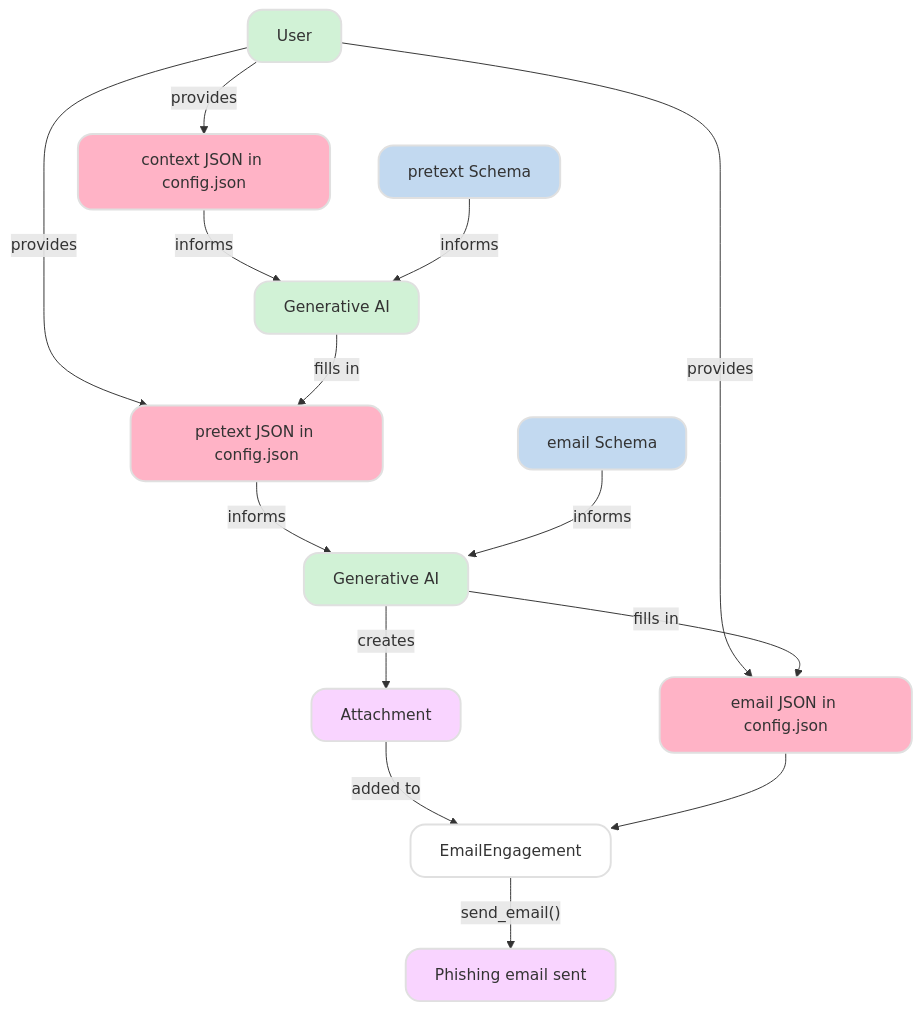
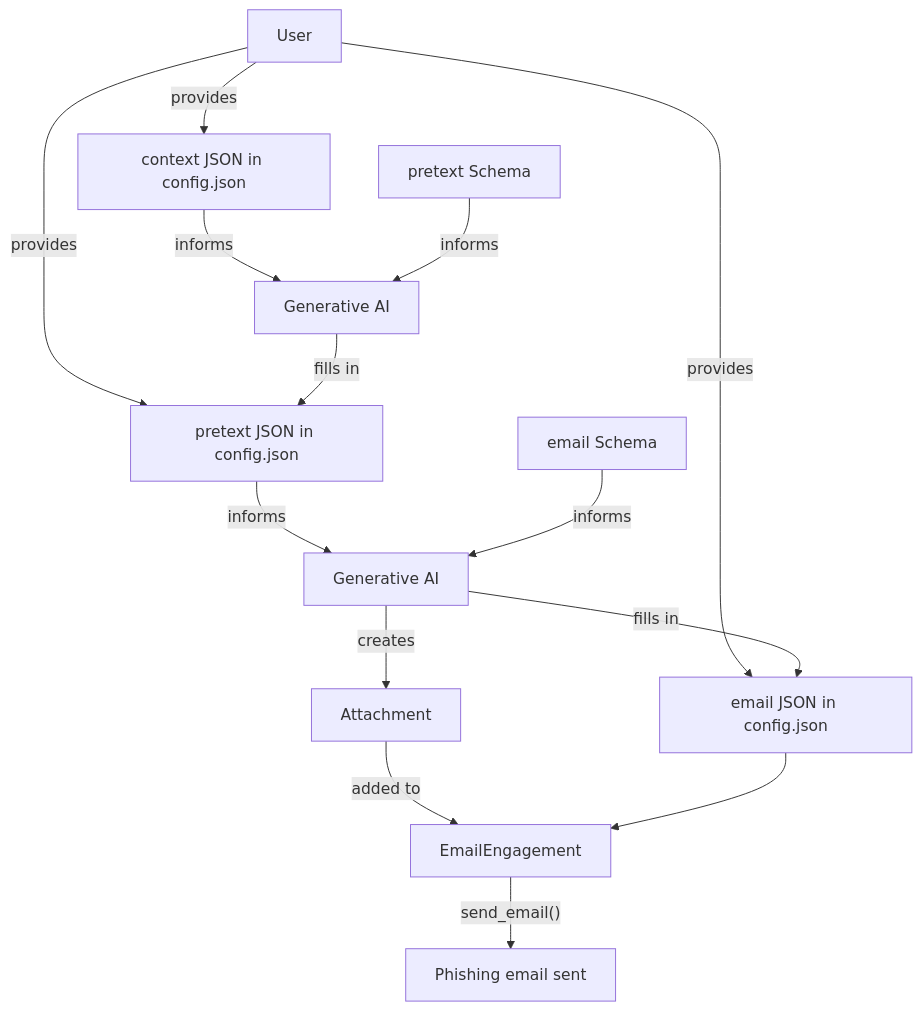
Before and after one commit to ropbear/ophishal: the diagram in README.md, drawn with Mermaid. The commit also changed other lines of this file, not shown here.

Commit message:
removing mermaid css

````diff
--- a/README.md
+++ b/README.md
@@ -38,75 +38,37 @@
 ```mermaid
-%%{init: {'theme': 'base', 'themeVariables': {
-    'primaryColor': '#ffb3c6',   /* Soft pastel pink */
-    'secondaryColor': '#c2d9f0', /* Soft pastel blue */
-    'tertiaryColor': '#d1f2d6',  /* Soft pastel green */
-    'edgeLabelBackground': '#ffffff', /* White background for edge labels */
-    'nodeBorder': '2px solid #e0e0e0', /* Light gray border for nodes */
-    'nodeBorderRadius': '15px', /* Rounded edges */
-    'fontSize': '16px', /* Larger font size for readability */
-    'primaryTextColor': '#333', /* Dark text for contrast */
-    'secondaryTextColor': '#666', /* Lighter text for secondary elements */
-    'linkStyle': 'stroke-width:2px; stroke: #777; fill: transparent;'  /* Smooth edges */
-}}}%%
 flowchart TD
     ContextConfig["context JSON in config.json"]
     PretextConfig["pretext JSON in config.json"]
     EngagementConfig["email JSON in config.json"]
 
     PretextSchema["pretext Schema"]
     EmailEngagementSchema["email Schema"]
 
     User["User"]
     PtxGenAI["Generative AI"]
     EngGenAI["Generative AI"]
     EmailEngagement["EmailEngagement"]
     AttachmentTemplate["Attachment"]
     SendEmail["Phishing email sent"]
 
     User -- provides --> ContextConfig
     User -- provides --> PretextConfig
     User -- provides --> EngagementConfig
 
     ContextConfig -- informs --> PtxGenAI
     PretextSchema -- informs --> PtxGenAI
 
     PtxGenAI -- fills in --> PretextConfig
 
     PretextConfig -- informs --> EngGenAI
     EmailEngagementSchema -- informs --> EngGenAI
 
 
     EngGenAI -- fills in --> EngagementConfig
     EngGenAI -- creates --> AttachmentTemplate
 
     AttachmentTemplate -- added to --> EmailEngagement
     EngagementConfig --> EmailEngagement
     
     EmailEngagement -- send_email() --> SendEmail
-
-    style ContextConfig fill:#ffb3c6,stroke:#e0e0e0,stroke-width:2px,rx:15,ry:15
-    style PretextConfig fill:#ffb3c6,stroke:#e0e0e0,stroke-width:2px,rx:15,ry:15
-    style EngagementConfig fill:#ffb3c6,stroke:#e0e0e0,stroke-width:2px,rx:15,ry:15
-
-    style PretextSchema fill:#c2d9f0,stroke:#e0e0e0,stroke-width:2px,rx:15,ry:15
-    style EmailEngagementSchema fill:#c2d9f0,stroke:#e0e0e0,stroke-width:2px,rx:15,ry:15
-
-    style User fill:#d1f2d6,stroke:#e0e0e0,stroke-width:2px,rx:15,ry:15
-    style PtxGenAI fill:#d1f2d6,stroke:#e0e0e0,stroke-width:2px,rx:15,ry:15
-    style EngGenAI fill:#d1f2d6,stroke:#e0e0e0,stroke-width:2px,rx:15,ry:15
-    style EmailEngagement fill:#fff,stroke:#e0e0e0,stroke-width:2px,rx:15,ry:15
-    style AttachmentTemplate fill:#f9d4ff,stroke:#e0e0e0,stroke-width:2px,rx:15,ry:15
-    style SendEmail fill:#f9d4ff,stroke:#e0e0e0,stroke-width:2px,rx:15,ry:15
-
-    %% Add CSS to adapt well to both modes
-    %% Custom CSS for dark mode
-    %%{init: {'themeVariables': {
-        'primaryColor': '#e5e5e5',
-        'secondaryColor': '#333333',
-        'tertiaryColor': '#7a7a7a',
-        'nodeBorder': '2px solid #444444',
-        'nodeBorderRadius': '15px',
-        'primaryTextColor': '#ffffff', 
-        'linkStyle': 'stroke-width:2px; stroke: #aaa; fill: transparent;'
-    }}}%%
 ```
````
